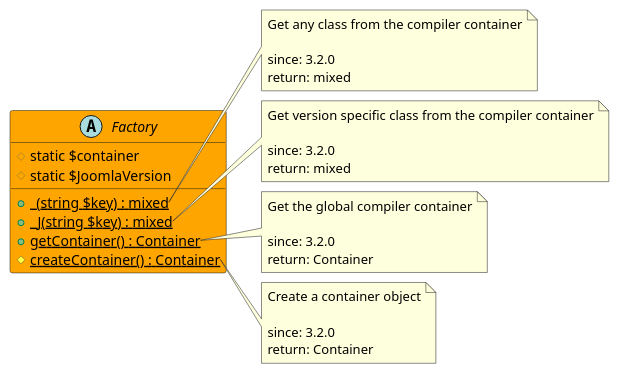
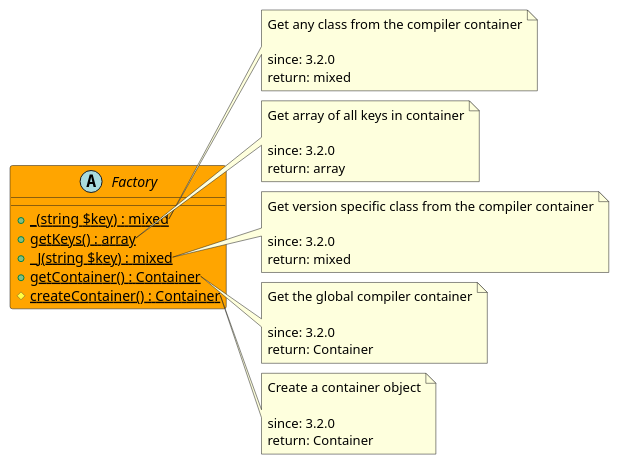
Before and after one commit to joomengine/jcb-compiler: the diagram in src/d910d8b8-4c23-4f3e-8cda-438f2d2bd7ac/README.md, drawn with PlantUML. The commit also changed 272 other files, not shown here.

````diff
--- a/src/d910d8b8-4c23-4f3e-8cda-438f2d2bd7ac/README.md
+++ b/src/d910d8b8-4c23-4f3e-8cda-438f2d2bd7ac/README.md
@@ -11,41 +11,47 @@
 ```uml
 @startuml
 abstract Factory  #Orange {
-  # static $container
-  # static $JoomlaVersion
   + {static} _(string $key) : mixed
+  + {static} getKeys() : array
   + {static} _J(string $key) : mixed
   + {static} getContainer() : Container
   # {static} createContainer() : Container
 }
 
 note right of Factory::_
   Get any class from the compiler container
 
   since: 3.2.0
   return: mixed
+end note
+
+note right of Factory::getKeys
+  Get array of all keys in container
+
+  since: 3.2.0
+  return: array
 end note
 
 note right of Factory::_J
   Get version specific class from the compiler container
 
   since: 3.2.0
   return: mixed
 end note
 
 note right of Factory::getContainer
   Get the global compiler container
 
   since: 3.2.0
   return: Container
 end note
 
 note right of Factory::createContainer
   Create a container object
 
   since: 3.2.0
   return: Container
 end note
  
 @enduml
 ```
````
